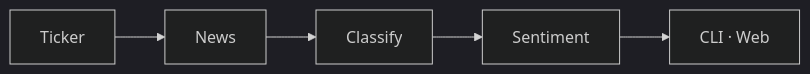
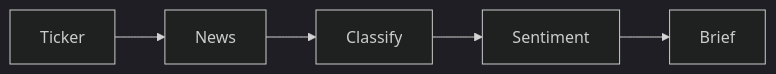
Before and after one commit to pdj555/stock-sentiment-analysis: the diagram in README.md, drawn with Mermaid (dark theme). The commit also changed other lines of this file, not shown here.

Commit message:
README: professional rewrite with clear value prop, architecture, quickstart

````diff
--- a/README.md
+++ b/README.md
@@ -5,7 +5,7 @@
 ```mermaid
 flowchart LR
   T[Ticker] --> N[News]
   N --> C[Classify]
   C --> S[Sentiment]
-  S --> O[CLI · Web]
+  S --> O[Brief]
 ```
````
